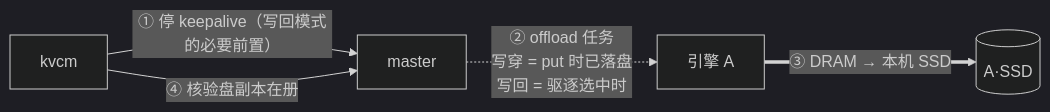
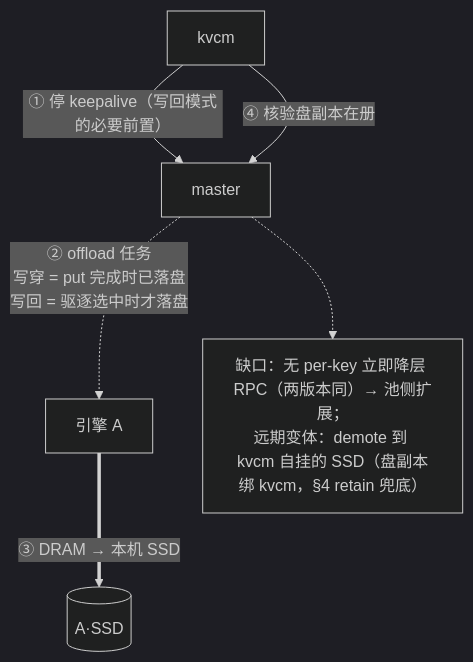
Before and after one commit to 5x8-40/lake: the sixth of 10 diagrams in kvcm/D2-kv-operations.md, drawn with Mermaid (dark theme). The commit also changed other lines of this file, not shown here.

First line of the commit message:
docs(kvcm): 操作图解全方案覆盖——每操作画齐所有候选与排除项

````diff
--- a/kvcm/D2-kv-operations.md
+++ b/kvcm/D2-kv-operations.md
@@ -345,7 +366,9 @@
 ```mermaid
-flowchart LR
+flowchart TB
     K["kvcm"] -->|"① 停 keepalive（写回模式的必要前置）"| M["master"]
-    M -.->|"② offload 任务<br/>写穿 = put 时已落盘<br/>写回 = 驱逐选中时"| A["引擎 A"]
+    M -.->|"② offload 任务<br/>写穿 = put 完成时已落盘<br/>写回 = 驱逐选中时才落盘"| A["引擎 A"]
     A ==>|"③ DRAM → 本机 SSD"| S[("A·SSD")]
     K -->|"④ 核验盘副本在册"| M
+    N["缺口：无 per-key 立即降层 RPC（两版本同）→ 池侧扩展；<br/>远期变体：demote 到 kvcm 自挂的 SSD（盘副本绑 kvcm，§4 retain 兜底）"]
+    M -.-> N
 ```
````
